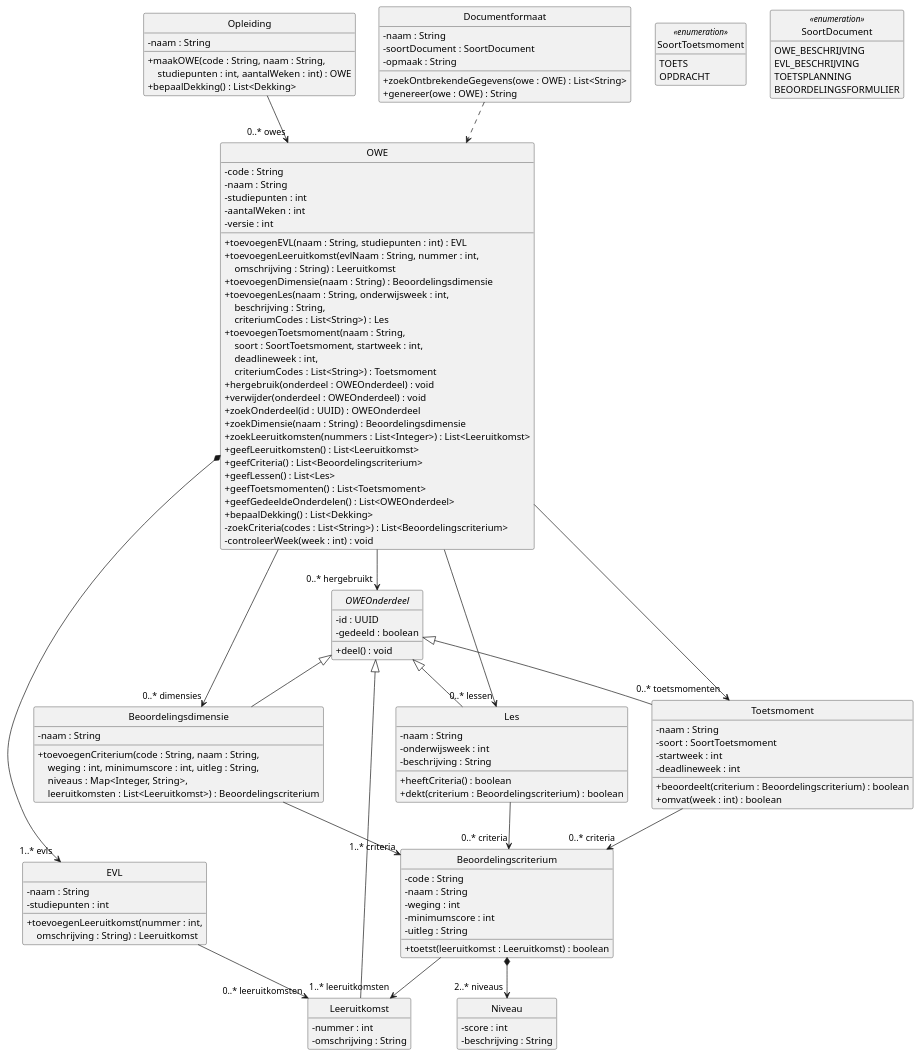
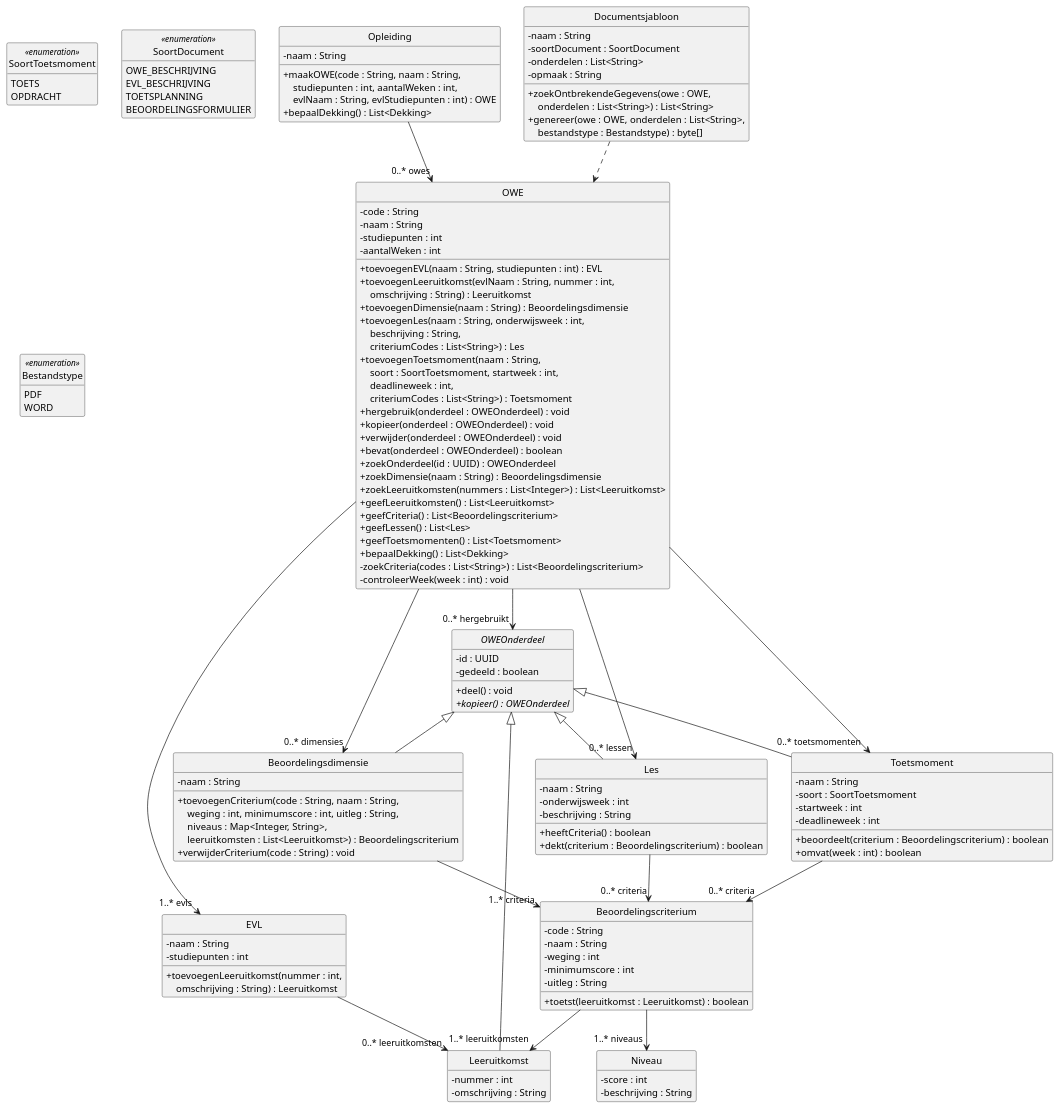
Before and after one commit to HAN-Craftsmanship-KL-JJG/casus: the diagram in docs/diagrams/klassendiagram-domein.puml, drawn with PlantUML. The commit also changed 4 other files, not shown here.

First line of the commit message:
docs: align class diagram with updated use cases and domain model

```diff
--- a/docs/diagrams/klassendiagram-domein.puml
+++ b/docs/diagrams/klassendiagram-domein.puml
@@ -1,145 +1,156 @@
 @startuml klassendiagram-domein
 ' Design class diagram van ICDE: de domeinklassen. Toelichting: docs/klassendiagram.md
 ' Getters en setters staan er niet in, zoals bij Larman (7.6).
 skinparam style strictuml
 skinparam shadowing false
 skinparam defaultFontName Helvetica
 skinparam classAttributeIconSize 0
 hide empty members
 
 class Opleiding {
   - naam : String
   + maakOWE(code : String, naam : String,\n    \
-studiepunten : int, aantalWeken : int) : OWE
+studiepunten : int, aantalWeken : int,\n    \
+evlNaam : String, evlStudiepunten : int) : OWE
   + bepaalDekking() : List<Dekking>
 }
 
 class OWE {
   - code : String
   - naam : String
   - studiepunten : int
   - aantalWeken : int
-  - versie : int
   + toevoegenEVL(naam : String, studiepunten : int) : EVL
   + toevoegenLeeruitkomst(evlNaam : String, nummer : int,\n    \
 omschrijving : String) : Leeruitkomst
   + toevoegenDimensie(naam : String) : Beoordelingsdimensie
   + toevoegenLes(naam : String, onderwijsweek : int,\n    \
 beschrijving : String,\n    \
 criteriumCodes : List<String>) : Les
   + toevoegenToetsmoment(naam : String,\n    \
 soort : SoortToetsmoment, startweek : int,\n    \
 deadlineweek : int,\n    \
 criteriumCodes : List<String>) : Toetsmoment
   + hergebruik(onderdeel : OWEOnderdeel) : void
+  + kopieer(onderdeel : OWEOnderdeel) : void
   + verwijder(onderdeel : OWEOnderdeel) : void
+  + bevat(onderdeel : OWEOnderdeel) : boolean
   + zoekOnderdeel(id : UUID) : OWEOnderdeel
   + zoekDimensie(naam : String) : Beoordelingsdimensie
   + zoekLeeruitkomsten(nummers : List<Integer>) : List<Leeruitkomst>
   + geefLeeruitkomsten() : List<Leeruitkomst>
   + geefCriteria() : List<Beoordelingscriterium>
   + geefLessen() : List<Les>
   + geefToetsmomenten() : List<Toetsmoment>
-  + geefGedeeldeOnderdelen() : List<OWEOnderdeel>
   + bepaalDekking() : List<Dekking>
   - zoekCriteria(codes : List<String>) : List<Beoordelingscriterium>
   - controleerWeek(week : int) : void
 }
 
 class EVL {
   - naam : String
   - studiepunten : int
   + toevoegenLeeruitkomst(nummer : int,\n    \
 omschrijving : String) : Leeruitkomst
 }
 
 abstract class OWEOnderdeel {
   - id : UUID
   - gedeeld : boolean
   + deel() : void
+  + {abstract} kopieer() : OWEOnderdeel
 }
 
 class Leeruitkomst {
   - nummer : int
   - omschrijving : String
 }
 
 class Beoordelingsdimensie {
   - naam : String
   + toevoegenCriterium(code : String, naam : String,\n    \
 weging : int, minimumscore : int, uitleg : String,\n    \
 niveaus : Map<Integer, String>,\n    \
 leeruitkomsten : List<Leeruitkomst>) : Beoordelingscriterium
+  + verwijderCriterium(code : String) : void
 }
 
 class Beoordelingscriterium {
   - code : String
   - naam : String
   - weging : int
   - minimumscore : int
   - uitleg : String
   + toetst(leeruitkomst : Leeruitkomst) : boolean
 }
 
 class Niveau {
   - score : int
   - beschrijving : String
 }
 
 class Les {
   - naam : String
   - onderwijsweek : int
   - beschrijving : String
   + heeftCriteria() : boolean
   + dekt(criterium : Beoordelingscriterium) : boolean
 }
 
 class Toetsmoment {
   - naam : String
   - soort : SoortToetsmoment
   - startweek : int
   - deadlineweek : int
   + beoordeelt(criterium : Beoordelingscriterium) : boolean
   + omvat(week : int) : boolean
 }
 
-class Documentformaat {
+class Documentsjabloon {
   - naam : String
   - soortDocument : SoortDocument
+  - onderdelen : List<String>
   - opmaak : String
-  + zoekOntbrekendeGegevens(owe : OWE) : List<String>
-  + genereer(owe : OWE) : String
+  + zoekOntbrekendeGegevens(owe : OWE,\n    \
+onderdelen : List<String>) : List<String>
+  + genereer(owe : OWE, onderdelen : List<String>,\n    \
+bestandstype : Bestandstype) : byte[]
 }
 
 enum SoortToetsmoment <<enumeration>> {
   TOETS
   OPDRACHT
 }
 
 enum SoortDocument <<enumeration>> {
   OWE_BESCHRIJVING
   EVL_BESCHRIJVING
   TOETSPLANNING
   BEOORDELINGSFORMULIER
 }
 
+enum Bestandstype <<enumeration>> {
+  PDF
+  WORD
+}
+
 Opleiding --> "0..* owes" OWE
-OWE *--> "1..* evls" EVL
+OWE --> "1..* evls" EVL
 EVL --> "0..* leeruitkomsten" Leeruitkomst
 OWE --> "0..* dimensies" Beoordelingsdimensie
 Beoordelingsdimensie --> "1..* criteria" Beoordelingscriterium
-Beoordelingscriterium *--> "2..* niveaus" Niveau
+Beoordelingscriterium --> "1..* niveaus" Niveau
 Beoordelingscriterium --> "1..* leeruitkomsten" Leeruitkomst
 OWE --> "0..* lessen" Les
 OWE --> "0..* toetsmomenten" Toetsmoment
 Les --> "0..* criteria" Beoordelingscriterium
 Toetsmoment --> "0..* criteria" Beoordelingscriterium
 OWE --> "0..* hergebruikt" OWEOnderdeel
 
 OWEOnderdeel <|-- Leeruitkomst
 OWEOnderdeel <|-- Beoordelingsdimensie
 OWEOnderdeel <|-- Les
 OWEOnderdeel <|-- Toetsmoment
 
-Documentformaat ..> OWE
+Documentsjabloon ..> OWE
 @enduml
```
